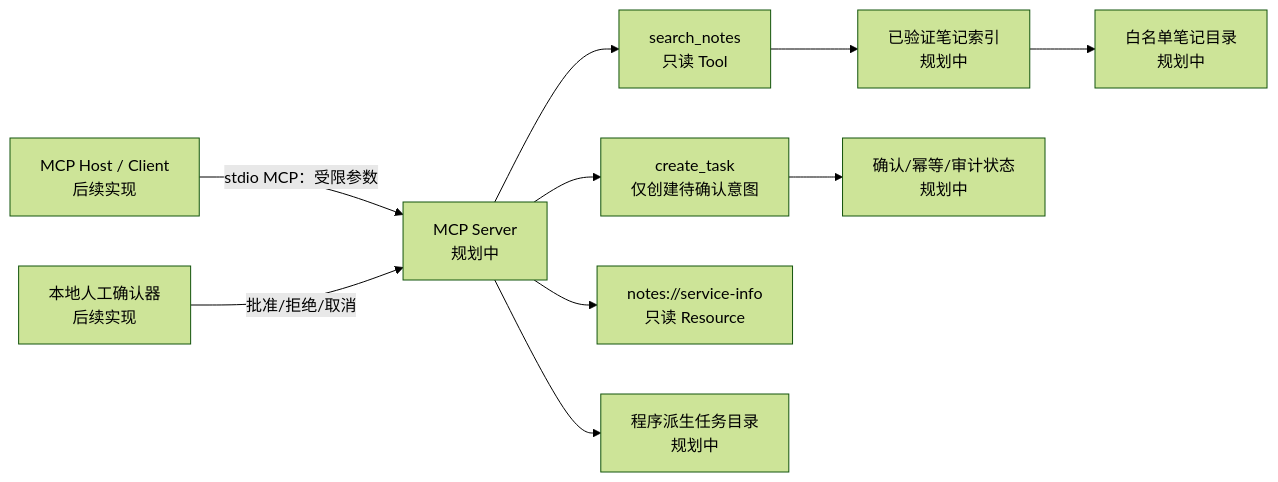
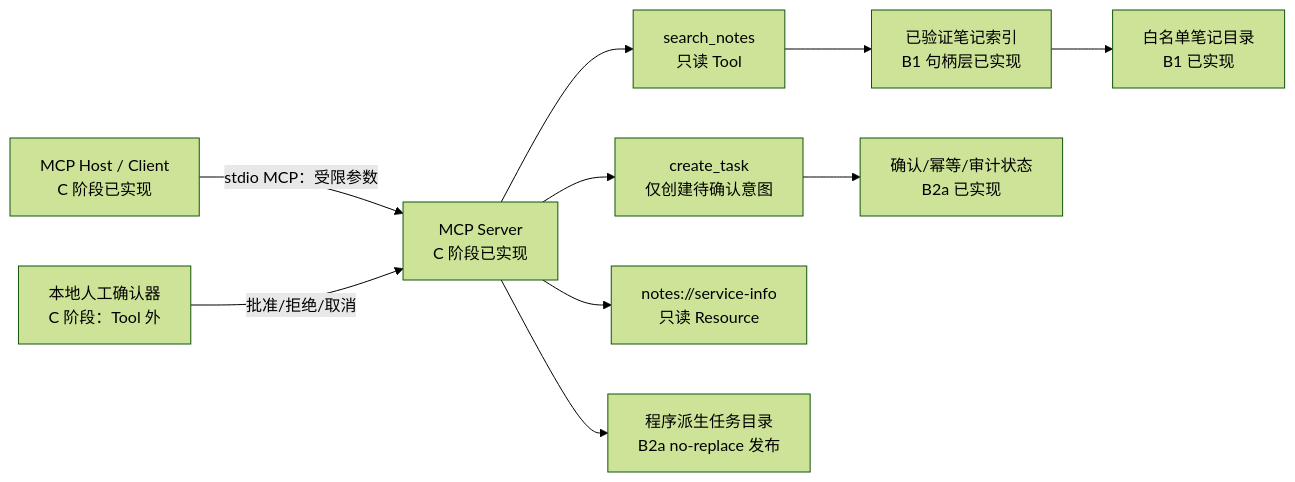
One commit to rorinhoon-bot/ai-application-portfolio changed the first of 2 diagrams in projects/03-mcp-tool-server/docs/ARCHITECTURE.md. Above: the diagram before and after it, drawn with Mermaid (forest theme). The commit also changed other lines of this file and 21 other files, not shown here.

Commit message:
feat(p3): add local mcp stdio integration

````diff
--- a/projects/03-mcp-tool-server/docs/ARCHITECTURE.md
+++ b/projects/03-mcp-tool-server/docs/ARCHITECTURE.md
@@ -25,12 +25,12 @@
 ```mermaid
 flowchart LR
-    Host["MCP Host / Client\n后续实现"] -->|"stdio MCP：受限参数"| Server["MCP Server\n规划中"]
+    Host["MCP Host / Client\nC 阶段已实现"] -->|"stdio MCP：受限参数"| Server["MCP Server\nC 阶段已实现"]
     Server --> Search["search_notes\n只读 Tool"]
     Server --> Create["create_task\n仅创建待确认意图"]
     Server --> Resource["notes://service-info\n只读 Resource"]
-    Search --> Index["已验证笔记索引\n规划中"]
-    Index --> Notes["白名单笔记目录\n规划中"]
-    Create --> State["确认/幂等/审计状态\n规划中"]
-    Human["本地人工确认器\n后续实现"] -->|"批准/拒绝/取消"| Server
-    Server --> Tasks["程序派生任务目录\n规划中"]
+    Search --> Index["已验证笔记索引\nB1 句柄层已实现"]
+    Index --> Notes["白名单笔记目录\nB1 已实现"]
+    Create --> State["确认/幂等/审计状态\nB2a 已实现"]
+    Human["本地人工确认器\nC 阶段：Tool 外"] -->|"批准/拒绝/取消"| Server
+    Server --> Tasks["程序派生任务目录\nB2a no-replace 发布"]
 ```
````
